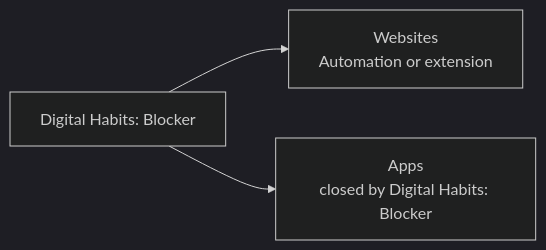
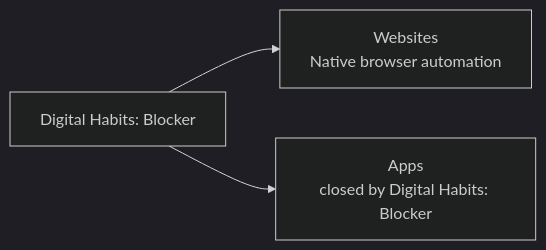
One commit to digitalhabits/dh-blocker changed the diagram in README.md. Above: the diagram before and after it, drawn with Mermaid (dark theme). The commit also changed other lines of this file and 98 other files, not shown here.

Commit message:
Remove desktop extension integration in favor of native enforcement

````diff
--- a/README.md
+++ b/README.md
@@ -31,6 +31,6 @@
 ```mermaid
 flowchart LR
   RB[Digital Habits: Blocker]
-  RB --> WEB[Websites<br/>Automation or extension]
+  RB --> WEB[Websites<br/>Native browser automation]
   RB --> APP[Apps<br/>closed by Digital Habits: Blocker]
 ```
````
